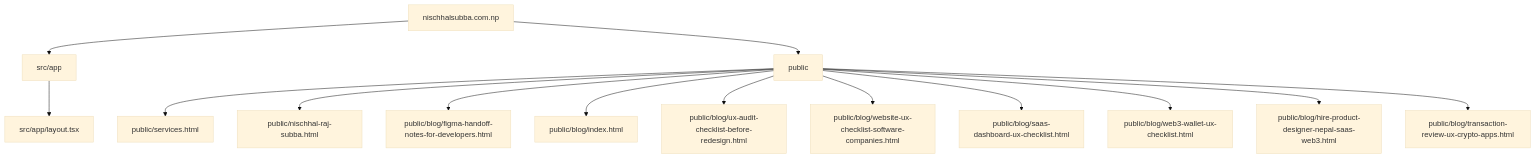
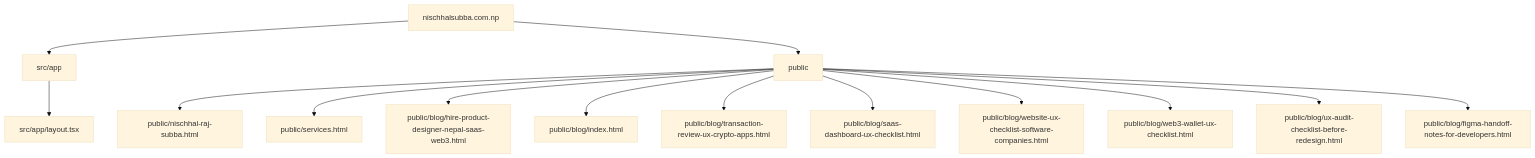
The second of 5 diagrams in README.md (Nischhalsubba/nischhalsubba.com.np), drawn with Mermaid (base theme) before and after one commit.

Commit message:
docs: apply designer README standard

````diff
--- a/README.md
+++ b/README.md
@@ -97,17 +97,17 @@
 ```mermaid
 flowchart TD
     APP["nischhalsubba.com.np"]
     APP --> R0["src/app"]
     APP --> R1["public"]
     R0 --> F0["src/app/layout.tsx"]
-    R1 --> F1["public/services.html"]
-    R1 --> F2["public/nischhal-raj-subba.html"]
-    R1 --> F3["public/blog/figma-handoff-notes-for-developers.html"]
+    R1 --> F1["public/nischhal-raj-subba.html"]
+    R1 --> F2["public/services.html"]
+    R1 --> F3["public/blog/hire-product-designer-nepal-saas-web3.html"]
     R1 --> F4["public/blog/index.html"]
-    R1 --> F5["public/blog/ux-audit-checklist-before-redesign.html"]
-    R1 --> F6["public/blog/website-ux-checklist-software-companies.html"]
-    R1 --> F7["public/blog/saas-dashboard-ux-checklist.html"]
+    R1 --> F5["public/blog/transaction-review-ux-crypto-apps.html"]
+    R1 --> F6["public/blog/saas-dashboard-ux-checklist.html"]
+    R1 --> F7["public/blog/website-ux-checklist-software-companies.html"]
     R1 --> F8["public/blog/web3-wallet-ux-checklist.html"]
-    R1 --> F9["public/blog/hire-product-designer-nepal-saas-web3.html"]
-    R1 --> F10["public/blog/transaction-review-ux-crypto-apps.html"]
+    R1 --> F9["public/blog/ux-audit-checklist-before-redesign.html"]
+    R1 --> F10["public/blog/figma-handoff-notes-for-developers.html"]
 ```
````
